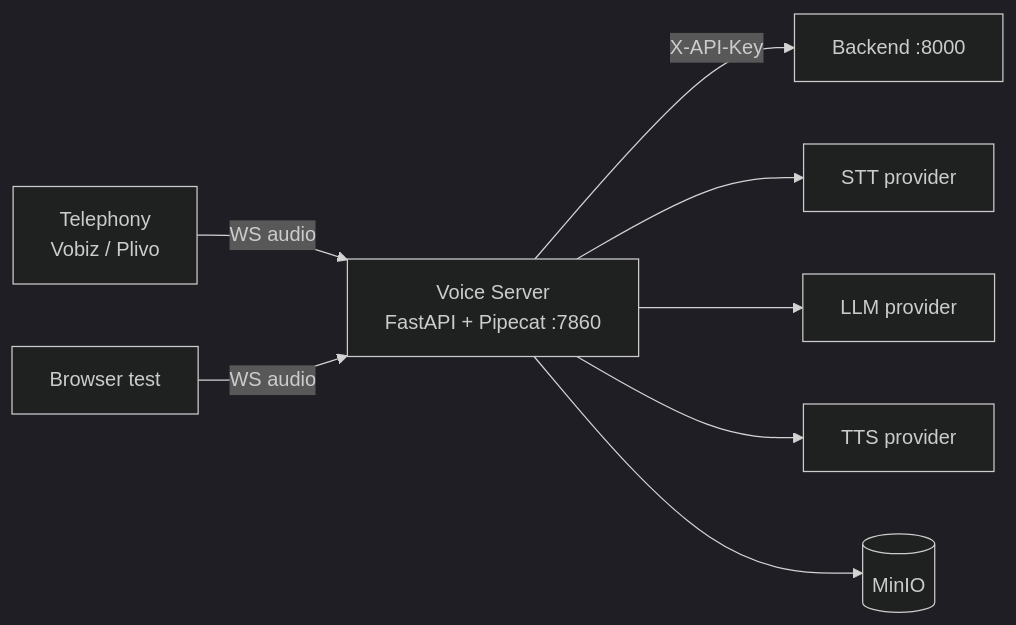
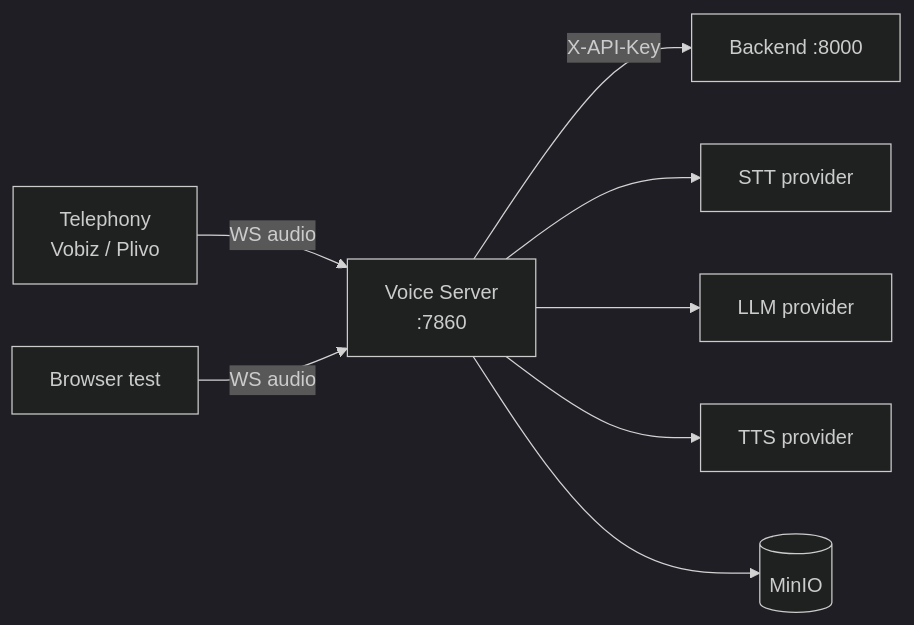
Before and after one commit to geojoseph19/voicera: the diagram in docs/services/voice-server.md, drawn with Mermaid (dark theme). The commit also changed other lines of this file and 5 other files, not shown here.

````diff
--- a/docs/services/voice-server.md
+++ b/docs/services/voice-server.md
@@ -25,11 +25,11 @@
 ```mermaid
 flowchart LR
   T[Telephony\nVobiz / Plivo] -- WS audio --> VS
   B[Browser test] -- WS audio --> VS
-  VS[Voice Server\nFastAPI + Pipecat :7860]
+  VS[Voice Server\n:7860]
   VS -- X-API-Key --> BE[Backend :8000]
   VS --> STT[STT provider]
   VS --> LLM[LLM provider]
   VS --> TTS[TTS provider]
   VS --> MIN[(MinIO)]
 ```
````
